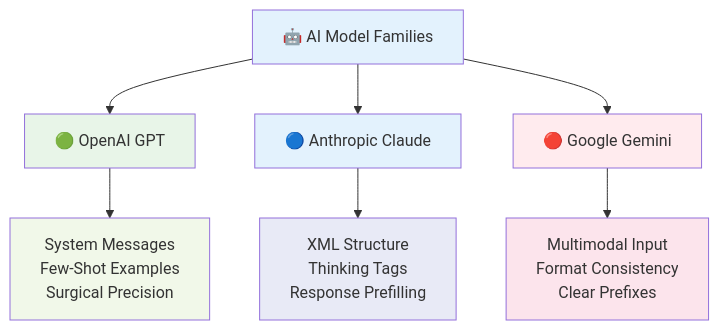
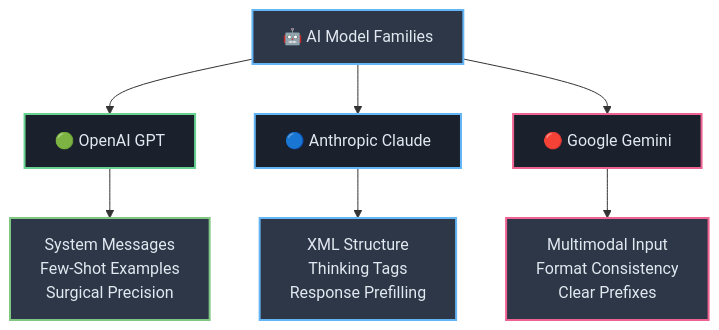
Before and after one commit to josemlopez/prompt_tutorial: the first of 7 diagrams in Part_I_Section_3_Model-Specific_Blueprints_and_Advanced_Techniques.md, drawn with Mermaid. The commit also changed other lines of this file and 7 other files, not shown here.

````diff
--- a/Part_I_Section_3_Model-Specific_Blueprints_and_Advanced_Techniques.md
+++ b/Part_I_Section_3_Model-Specific_Blueprints_and_Advanced_Techniques.md
@@ -5,18 +5,18 @@
 ```mermaid
 graph TB
-    A[🤖 AI Model Families] --> B[🟢 OpenAI GPT]
-    A --> C[🔵 Anthropic Claude]
-    A --> D[🔴 Google Gemini]
-    
-    B --> E[System Messages<br/>Few-Shot Examples<br/>Surgical Precision]
-    C --> F[XML Structure<br/>Thinking Tags<br/>Response Prefilling]
-    D --> G[Multimodal Input<br/>Format Consistency<br/>Clear Prefixes]
-    
-    style A fill:#e3f2fd
-    style B fill:#e8f5e8
-    style C fill:#e3f2fd
-    style D fill:#ffebee
-    style E fill:#f1f8e9
-    style F fill:#e8eaf6
-    style G fill:#fce4ec
+   A[🤖 AI Model Families] --> B[🟢 OpenAI GPT]
+   A --> C[🔵 Anthropic Claude]
+   A --> D[🔴 Google Gemini]
+   
+   B --> E[System Messages<br/>Few-Shot Examples<br/>Surgical Precision]
+   C --> F[XML Structure<br/>Thinking Tags<br/>Response Prefilling]
+   D --> G[Multimodal Input<br/>Format Consistency<br/>Clear Prefixes]
+   
+   style A fill:#2d3748,stroke:#64b5f6,stroke-width:2px,color:#e2e8f0
+   style B fill:#1a202c,stroke:#68d391,stroke-width:2px,color:#e2e8f0
+   style C fill:#1a202c,stroke:#64b5f6,stroke-width:2px,color:#e2e8f0
+   style D fill:#1a202c,stroke:#f06292,stroke-width:2px,color:#e2e8f0
+   style E fill:#2d3748,stroke:#81c784,stroke-width:2px,color:#e2e8f0
+   style F fill:#2d3748,stroke:#64b5f6,stroke-width:2px,color:#e2e8f0
+   style G fill:#2d3748,stroke:#f06292,stroke-width:2px,color:#e2e8f0
 ```
````
